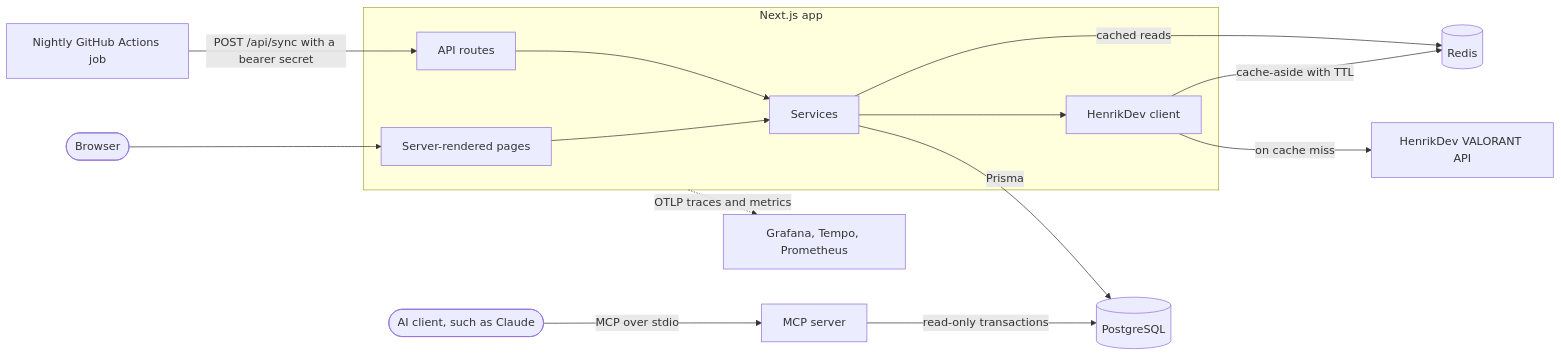
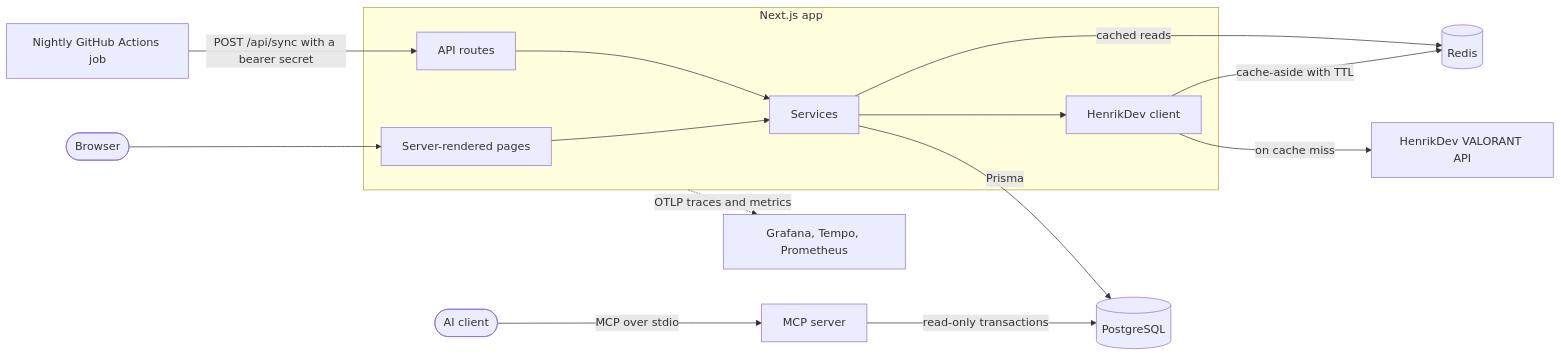
One commit to andrewwsou/valorant-tracker changed the diagram in README.md. Above: the diagram before and after it, drawn with Mermaid. The commit also changed other lines of this file and 14 other files, not shown here.

````diff
--- a/README.md
+++ b/README.md
@@ -29,18 +24,18 @@
 ```mermaid
 flowchart LR
     subgraph app [Next.js app]
         pages[Server-rendered pages] --> services[Services]
         api[API routes] --> services
         services --> client[HenrikDev client]
     end
 
     browser([Browser]) --> pages
     cron[Nightly GitHub Actions job] -->|"POST /api/sync with a bearer secret"| api
     client -->|cache-aside with TTL| redis[(Redis)]
     client -->|on cache miss| henrik[HenrikDev VALORANT API]
     services -->|cached reads| redis
     services -->|Prisma| postgres[(PostgreSQL)]
     app -.->|OTLP traces and metrics| lgtm[Grafana, Tempo, Prometheus]
-    agent([AI client, such as Claude]) -->|"MCP over stdio"| mcp[MCP server]
+    agent([AI client]) -->|"MCP over stdio"| mcp[MCP server]
     mcp -->|read-only transactions| postgres
 ```
````
